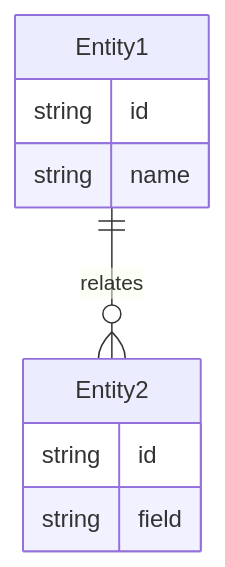
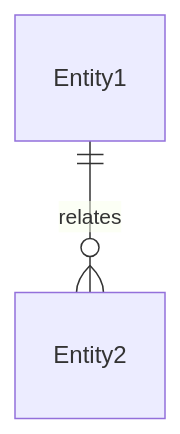
The diagram in global/templates/ARCH-template.md (0009-aaf/vibecoding-template), drawn with Mermaid before and after one commit. The commit also changed other lines of this file and 24 other files, not shown here.

````diff
--- a/global/templates/ARCH-template.md
+++ b/global/templates/ARCH-template.md
@@ -26,12 +33,4 @@
 ```mermaid
 erDiagram
     Entity1 ||--o{ Entity2 : relates
-    Entity1 {
-        string id
-        string name
-    }
-    Entity2 {
-        string id
-        string field
-    }
 ```
````
